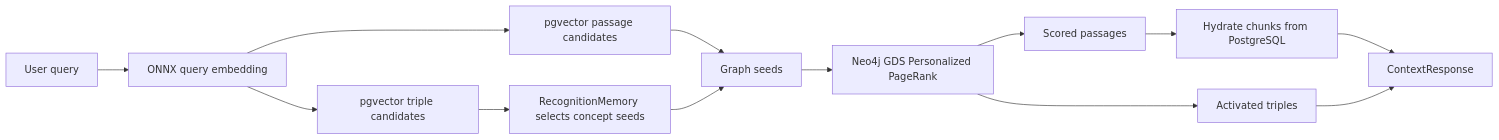
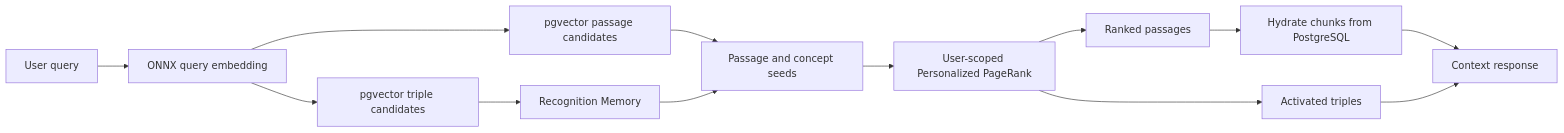
One commit to Luca5Eckert/Kairos changed the third of 3 diagrams in README.md. Above: the diagram before and after it, drawn with Mermaid. The commit also changed other lines of this file, not shown here.

````diff
--- a/README.md
+++ b/README.md
@@ -220,15 +176,15 @@
 ```mermaid
 flowchart LR
-    query["User query"] --> embed["ONNX query embedding"]
-    embed --> passageSearch["pgvector passage candidates"]
-    embed --> tripleSearch["pgvector triple candidates"]
-    tripleSearch --> recog["RecognitionMemory selects concept seeds"]
-    passageSearch --> seeds["Graph seeds"]
-    recog --> seeds
-    seeds --> ppr["Neo4j GDS Personalized PageRank"]
-    ppr --> scored["Scored passages"]
-    ppr --> triples["Activated triples"]
-    scored --> hydrate["Hydrate chunks from PostgreSQL"]
-    hydrate --> response["ContextResponse"]
-    triples --> response
+    query[User query] --> embed[ONNX query embedding]
+    embed --> passages[pgvector passage candidates]
+    embed --> triples[pgvector triple candidates]
+    triples --> recognition[Recognition Memory]
+    passages --> seeds[Passage and concept seeds]
+    recognition --> seeds
+    seeds --> ppr[User-scoped Personalized PageRank]
+    ppr --> ranked[Ranked passages]
+    ppr --> evidence[Activated triples]
+    ranked --> hydrate[Hydrate chunks from PostgreSQL]
+    hydrate --> response[Context response]
+    evidence --> response
 ```
````
